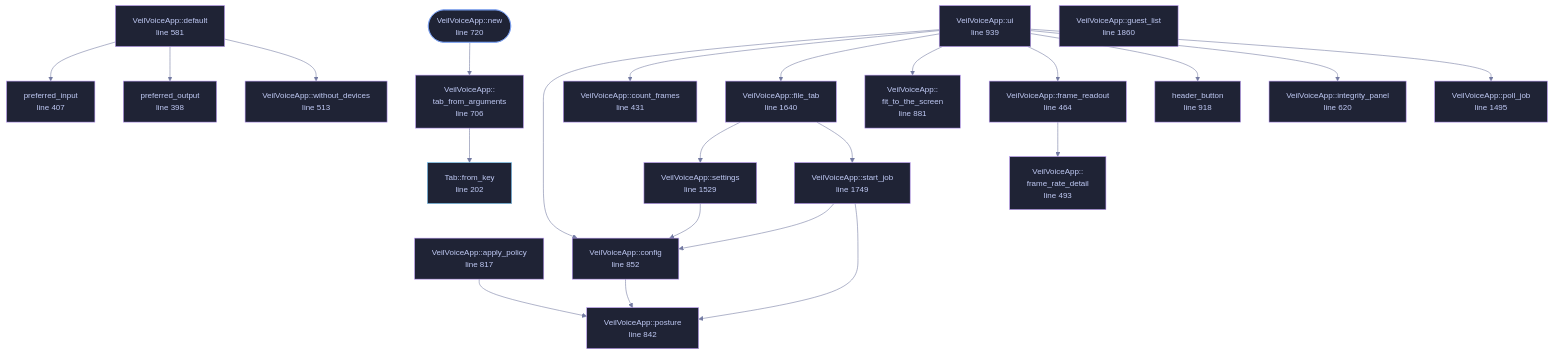
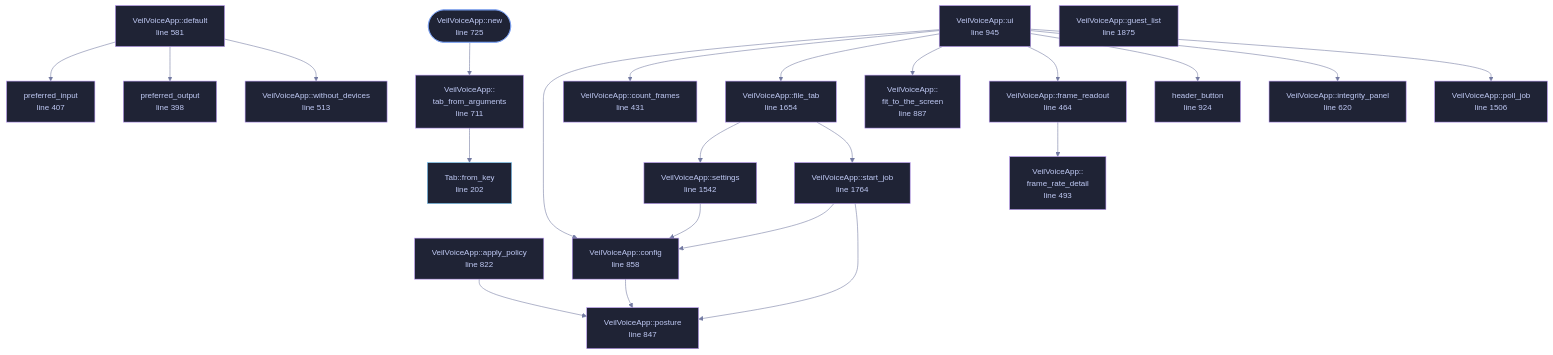
Before and after one commit to tilas01/veilvoice: the diagram in docs/files/veilvoice-gui/app.md, drawn with Mermaid. The commit also changed other lines of this file and 21 other files, not shown here.

````diff
--- a/docs/files/veilvoice-gui/app.md
+++ b/docs/files/veilvoice-gui/app.md
@@ -192,75 +192,75 @@
 ```mermaid
 %%{init: {"theme":"base","themeVariables":{"background":"#1a1b26","primaryColor":"#1f2335","primaryTextColor":"#c0caf5","primaryBorderColor":"#7aa2f7","secondaryColor":"#16161e","tertiaryColor":"#16161e","lineColor":"#737aa2","textColor":"#c0caf5","mainBkg":"#1f2335","nodeBorder":"#7aa2f7","clusterBkg":"#16161e","clusterBorder":"#2f3549","fontFamily":"ui-monospace, SFMono-Regular, Consolas, monospace","fontSize":"14px"}}}%%
 flowchart TD
     n_from_key["Tab::from_key<br/>line 202"]
     n_preferred_output["preferred_output<br/>line 398"]
     n_preferred_input["preferred_input<br/>line 407"]
     n_count_frames["VeilVoiceApp::count_frames<br/>line 431"]
     n_frame_readout["VeilVoiceApp::frame_readout<br/>line 464"]
     n_frame_rate_detail["VeilVoiceApp::<br/>frame_rate_detail<br/>line 493"]
     n_without_devices["VeilVoiceApp::without_devices<br/>line 513"]
     n_default["VeilVoiceApp::default<br/>line 581"]
     n_integrity_panel["VeilVoiceApp::integrity_panel<br/>line 620"]
-    n_tab_from_arguments["VeilVoiceApp::<br/>tab_from_arguments<br/>line 706"]
-    n_new(["VeilVoiceApp::new<br/>line 720"])
-    n_apply_policy["VeilVoiceApp::apply_policy<br/>line 817"]
-    n_posture["VeilVoiceApp::posture<br/>line 842"]
-    n_config["VeilVoiceApp::config<br/>line 852"]
-    n_fit_to_the_screen["VeilVoiceApp::<br/>fit_to_the_screen<br/>line 881"]
-    n_header_button["header_button<br/>line 918"]
-    n_ui["VeilVoiceApp::ui<br/>line 939"]
-    n_poll_job["VeilVoiceApp::poll_job<br/>line 1495"]
-    n_settings["VeilVoiceApp::settings<br/>line 1529"]
-    n_file_tab["VeilVoiceApp::file_tab<br/>line 1640"]
-    n_start_job["VeilVoiceApp::start_job<br/>line 1749"]
-    n_guest_list["VeilVoiceApp::guest_list<br/>line 1860"]
+    n_tab_from_arguments["VeilVoiceApp::<br/>tab_from_arguments<br/>line 711"]
+    n_new(["VeilVoiceApp::new<br/>line 725"])
+    n_apply_policy["VeilVoiceApp::apply_policy<br/>line 822"]
+    n_posture["VeilVoiceApp::posture<br/>line 847"]
+    n_config["VeilVoiceApp::config<br/>line 858"]
+    n_fit_to_the_screen["VeilVoiceApp::<br/>fit_to_the_screen<br/>line 887"]
+    n_header_button["header_button<br/>line 924"]
+    n_ui["VeilVoiceApp::ui<br/>line 945"]
+    n_poll_job["VeilVoiceApp::poll_job<br/>line 1506"]
+    n_settings["VeilVoiceApp::settings<br/>line 1542"]
+    n_file_tab["VeilVoiceApp::file_tab<br/>line 1654"]
+    n_start_job["VeilVoiceApp::start_job<br/>line 1764"]
+    n_guest_list["VeilVoiceApp::guest_list<br/>line 1875"]
     n_apply_policy --> n_posture
     n_config --> n_posture
     n_default --> n_preferred_input
     n_default --> n_preferred_output
     n_default --> n_without_devices
     n_file_tab --> n_settings
     n_file_tab --> n_start_job
     n_frame_readout --> n_frame_rate_detail
     n_new --> n_tab_from_arguments
     n_settings --> n_config
     n_start_job --> n_config
     n_start_job --> n_posture
     n_tab_from_arguments --> n_from_key
     n_ui --> n_config
     n_ui --> n_count_frames
     n_ui --> n_file_tab
     n_ui --> n_fit_to_the_screen
     n_ui --> n_frame_readout
     n_ui --> n_header_button
     n_ui --> n_integrity_panel
     n_ui --> n_poll_job
     click n_from_key href "https://github.com/tilas01/veilvoice/blob/main/crates/veilvoice-gui/src/app.rs#L202" "open the source"
     click n_preferred_output href "https://github.com/tilas01/veilvoice/blob/main/crates/veilvoice-gui/src/app.rs#L398" "open the source"
     click n_preferred_input href "https://github.com/tilas01/veilvoice/blob/main/crates/veilvoice-gui/src/app.rs#L407" "open the source"
     click n_count_frames href "https://github.com/tilas01/veilvoice/blob/main/crates/veilvoice-gui/src/app.rs#L431" "open the source"
     click n_frame_readout href "https://github.com/tilas01/veilvoice/blob/main/crates/veilvoice-gui/src/app.rs#L464" "open the source"
     click n_frame_rate_detail href "https://github.com/tilas01/veilvoice/blob/main/crates/veilvoice-gui/src/app.rs#L493" "open the source"
     click n_without_devices href "https://github.com/tilas01/veilvoice/blob/main/crates/veilvoice-gui/src/app.rs#L513" "open the source"
     click n_default href "https://github.com/tilas01/veilvoice/blob/main/crates/veilvoice-gui/src/app.rs#L581" "open the source"
     click n_integrity_panel href "https://github.com/tilas01/veilvoice/blob/main/crates/veilvoice-gui/src/app.rs#L620" "open the source"
-    click n_tab_from_arguments href "https://github.com/tilas01/veilvoice/blob/main/crates/veilvoice-gui/src/app.rs#L706" "open the source"
-    click n_new href "https://github.com/tilas01/veilvoice/blob/main/crates/veilvoice-gui/src/app.rs#L720" "open the source"
-    click n_apply_policy href "https://github.com/tilas01/veilvoice/blob/main/crates/veilvoice-gui/src/app.rs#L817" "open the source"
-    click n_posture href "https://github.com/tilas01/veilvoice/blob/main/crates/veilvoice-gui/src/app.rs#L842" "open the source"
-    click n_config href "https://github.com/tilas01/veilvoice/blob/main/crates/veilvoice-gui/src/app.rs#L852" "open the source"
-    click n_fit_to_the_screen href "https://github.com/tilas01/veilvoice/blob/main/crates/veilvoice-gui/src/app.rs#L881" "open the source"
-    click n_header_button href "https://github.com/tilas01/veilvoice/blob/main/crates/veilvoice-gui/src/app.rs#L918" "open the source"
-    click n_ui href "https://github.com/tilas01/veilvoice/blob/main/crates/veilvoice-gui/src/app.rs#L939" "open the source"
-    click n_poll_job href "https://github.com/tilas01/veilvoice/blob/main/crates/veilvoice-gui/src/app.rs#L1495" "open the source"
-    click n_settings href "https://github.com/tilas01/veilvoice/blob/main/crates/veilvoice-gui/src/app.rs#L1529" "open the source"
-    click n_file_tab href "https://github.com/tilas01/veilvoice/blob/main/crates/veilvoice-gui/src/app.rs#L1640" "open the source"
-    click n_start_job href "https://github.com/tilas01/veilvoice/blob/main/crates/veilvoice-gui/src/app.rs#L1749" "open the source"
-    click n_guest_list href "https://github.com/tilas01/veilvoice/blob/main/crates/veilvoice-gui/src/app.rs#L1860" "open the source"
+    click n_tab_from_arguments href "https://github.com/tilas01/veilvoice/blob/main/crates/veilvoice-gui/src/app.rs#L711" "open the source"
+    click n_new href "https://github.com/tilas01/veilvoice/blob/main/crates/veilvoice-gui/src/app.rs#L725" "open the source"
+    click n_apply_policy href "https://github.com/tilas01/veilvoice/blob/main/crates/veilvoice-gui/src/app.rs#L822" "open the source"
+    click n_posture href "https://github.com/tilas01/veilvoice/blob/main/crates/veilvoice-gui/src/app.rs#L847" "open the source"
+    click n_config href "https://github.com/tilas01/veilvoice/blob/main/crates/veilvoice-gui/src/app.rs#L858" "open the source"
+    click n_fit_to_the_screen href "https://github.com/tilas01/veilvoice/blob/main/crates/veilvoice-gui/src/app.rs#L887" "open the source"
+    click n_header_button href "https://github.com/tilas01/veilvoice/blob/main/crates/veilvoice-gui/src/app.rs#L924" "open the source"
+    click n_ui href "https://github.com/tilas01/veilvoice/blob/main/crates/veilvoice-gui/src/app.rs#L945" "open the source"
+    click n_poll_job href "https://github.com/tilas01/veilvoice/blob/main/crates/veilvoice-gui/src/app.rs#L1506" "open the source"
+    click n_settings href "https://github.com/tilas01/veilvoice/blob/main/crates/veilvoice-gui/src/app.rs#L1542" "open the source"
+    click n_file_tab href "https://github.com/tilas01/veilvoice/blob/main/crates/veilvoice-gui/src/app.rs#L1654" "open the source"
+    click n_start_job href "https://github.com/tilas01/veilvoice/blob/main/crates/veilvoice-gui/src/app.rs#L1764" "open the source"
+    click n_guest_list href "https://github.com/tilas01/veilvoice/blob/main/crates/veilvoice-gui/src/app.rs#L1875" "open the source"
     classDef entry fill:#1f2335,stroke:#7aa2f7,color:#c0caf5
     class n_new entry
     classDef api fill:#1f2335,stroke:#7dcfff,color:#c0caf5
     class n_from_key api
     classDef helper fill:#1f2335,stroke:#bb9af7,color:#c0caf5
     class n_preferred_output,n_preferred_input,n_count_frames,n_frame_readout,n_frame_rate_detail,n_without_devices,n_default,n_integrity_panel,n_tab_from_arguments,n_apply_policy,n_posture,n_config,n_fit_to_the_screen,n_header_button,n_ui,n_poll_job,n_settings,n_file_tab,n_start_job,n_guest_list helper
 ```
````
